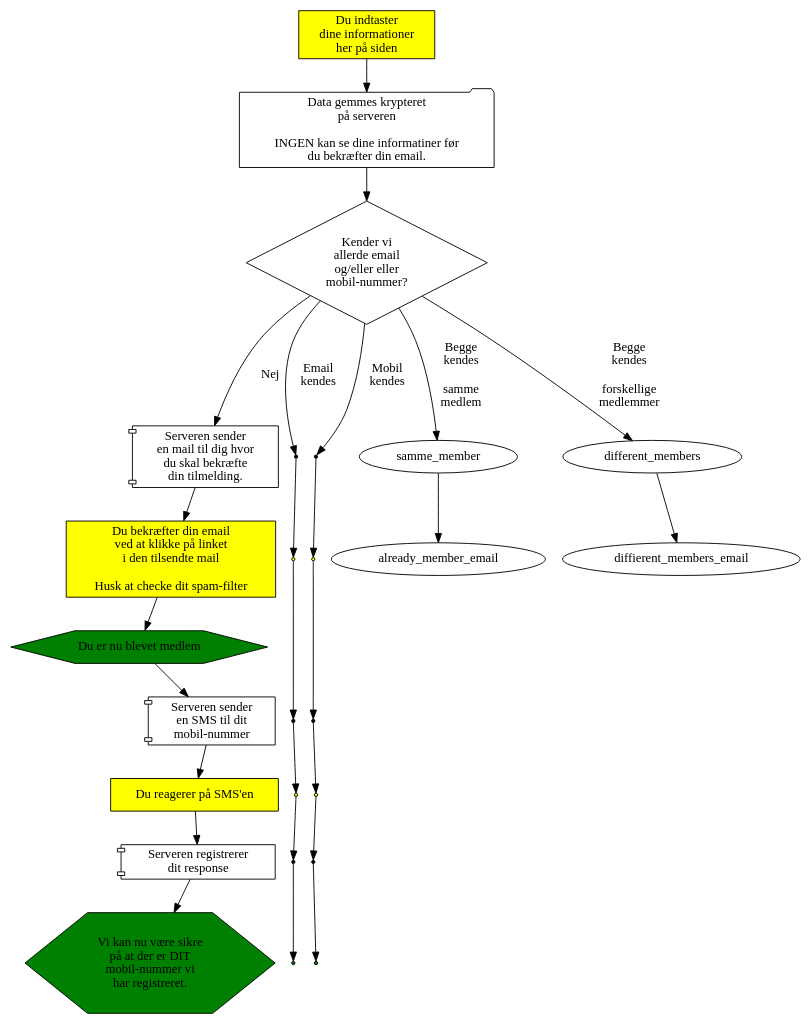
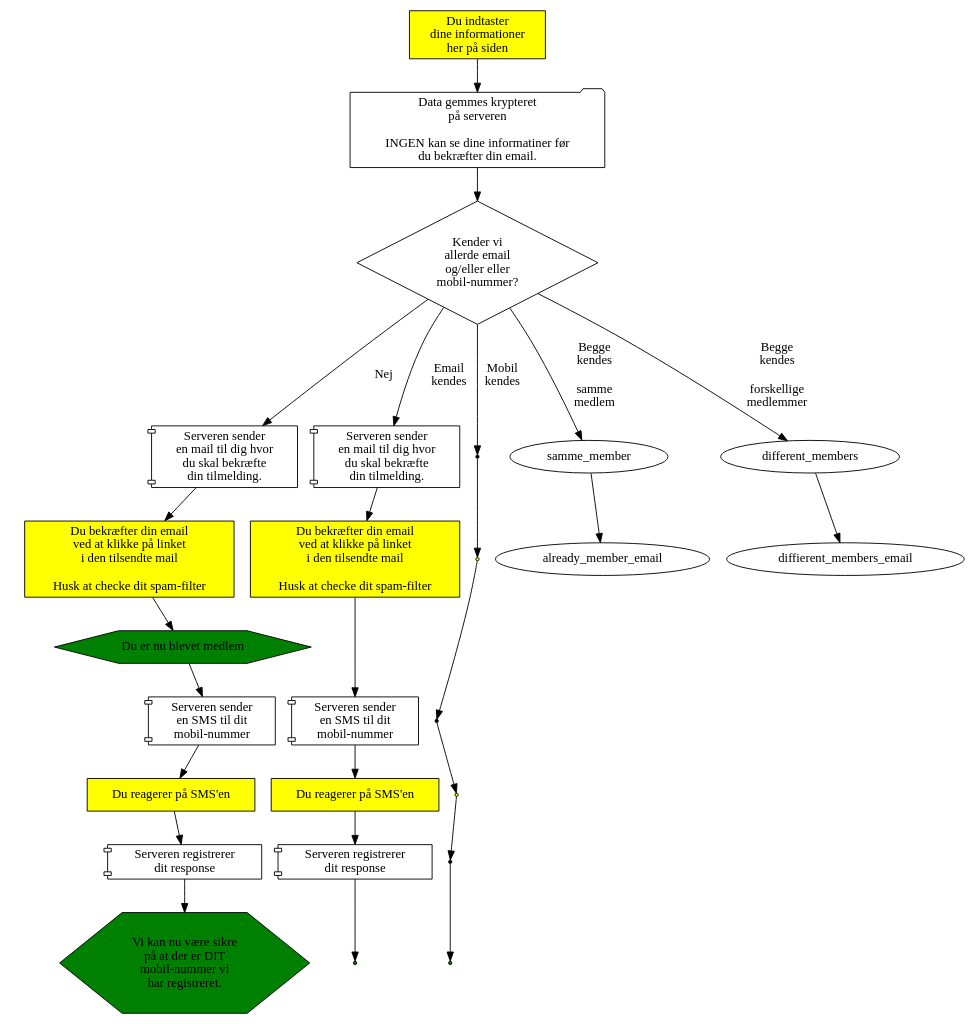
The diagram in medlemskab/indmeldelse.dot (alslug/alslug.dk), drawn with Graphviz before and after one commit.

```diff
--- a/medlemskab/indmeldelse.dot
+++ b/medlemskab/indmeldelse.dot
@@ -1,71 +1,71 @@
 digraph indmeldelse {
   { # Dine handlinger
     node [ shape=box style=filled fillcolor=yellow ];
     indtast                [label="Du indtaster\ndine informationer\nher på siden"];
     subgraph cluster_server_sender_email {
       style=invis;
       node                 [label="Du bekræfter din email\nved at klikke på linket\ni den tilsendte mail\n\nHusk at checke dit spam-filter"];
       confirm_email_nyt_medlem;
-      confirm_email_email_known [shape=point];
+      confirm_email_email_known;
       confirm_email_mobil_known [shape=point];
     }
     subgraph cluster_server_sender_sms {
       style=invis;
       node                 [label="Du reagerer på SMS'en"];
       confirm_sms_nyt_medlem;
-      confirm_sms_email_known [shape=point];
+      confirm_sms_email_known;
       confirm_sms_mobil_known [shape=point];
     }
   }
   send_tilmelding        [shape=folder label="Data gemmes krypteret \n på serveren \n \n INGEN kan se dine informatiner før \n du bekræfter din email."];
   { # Server-aktiviteter
     node [shape=component];
     subgraph cluster_server_sender_email {
       style=invis;
       node                 [label="Serveren sender \n en mail til dig hvor \n du skal bekræfte \n din tilmelding."];
       server_sender_emai_nyt_medlem;
-      server_sender_email_email_known [shape=point];
+      server_sender_email_email_known;
       server_sender_email_mobil_known [shape=point];
     }
     subgraph cluster_server_sender_sms {
       style=invis;
       node                 [label="Serveren sender \n en SMS til dit \n mobil-nummer"];
       server_sender_sms_nyt_medlem;
-      server_sender_sms_email_known [shape=point];
+      server_sender_sms_email_known;
       server_sender_sms_mobil_known [shape=point];
     }
     subgraph cluster_sms_confirmed {
       style=invis;
       node                 [label="Serveren registrerer \n dit response"];
       sms_confirmed_nyt_medlem;
-      sms_confirmed_email_known [shape=point];
+      sms_confirmed_email_known;
       sms_confirmed_mobil_known [shape=point];
     }
   }
   { # Results
     node [shape=hexagon   style=filled fillcolor=green ];
     du_biver_medlem        [label="Du er nu blevet medlem"];
     mobile_ok              [label="Vi kan nu være sikre \n på at der er DIT \n mobil-nummer vi \n har registreret."]; 
     email_added            [label="Den nye \n ekstra email er \n registreret." shape=point];
     mobil_added            [label="Dit nye \n mobil-nummer er \n registreret." shape=point]; 
   }
   { # Valg
     node [shape=diamond];
     findes_allerede        [label="Kender vi \n allerde email \n og/eller eller \n mobil-nummer?"];
   }
 
   indtast -> send_tilmelding -> findes_allerede;
                                 findes_allerede -> server_sender_emai_nyt_medlem   [label="Nej"];
                                                    server_sender_emai_nyt_medlem -> confirm_email_nyt_medlem -> du_biver_medlem ->
                                                    server_sender_sms_nyt_medlem  -> confirm_sms_nyt_medlem   -> sms_confirmed_nyt_medlem -> mobile_ok;
                                 findes_allerede -> server_sender_email_email_known [label="Email \n kendes"];
                                                    server_sender_email_email_known -> confirm_email_email_known  ->
                                                    server_sender_sms_email_known   -> confirm_sms_email_known    -> sms_confirmed_email_known -> mobil_added;
                                 findes_allerede -> server_sender_email_mobil_known [label="Mobil \n kendes"];
                                                    server_sender_email_mobil_known -> confirm_email_mobil_known  ->
                                                    server_sender_sms_mobil_known   -> confirm_sms_mobil_known    -> sms_confirmed_mobil_known -> email_added;
                                 findes_allerede-> samme_member                     [label="Begge \n kendes \n\n samme \n medlem"];
                                                   samme_member      -> already_member_email;
                                 findes_allerede-> different_members                [label="Begge \n kendes \n\n forskellige \n medlemmer"];
                                                   different_members -> diffierent_members_email;
 }
```
